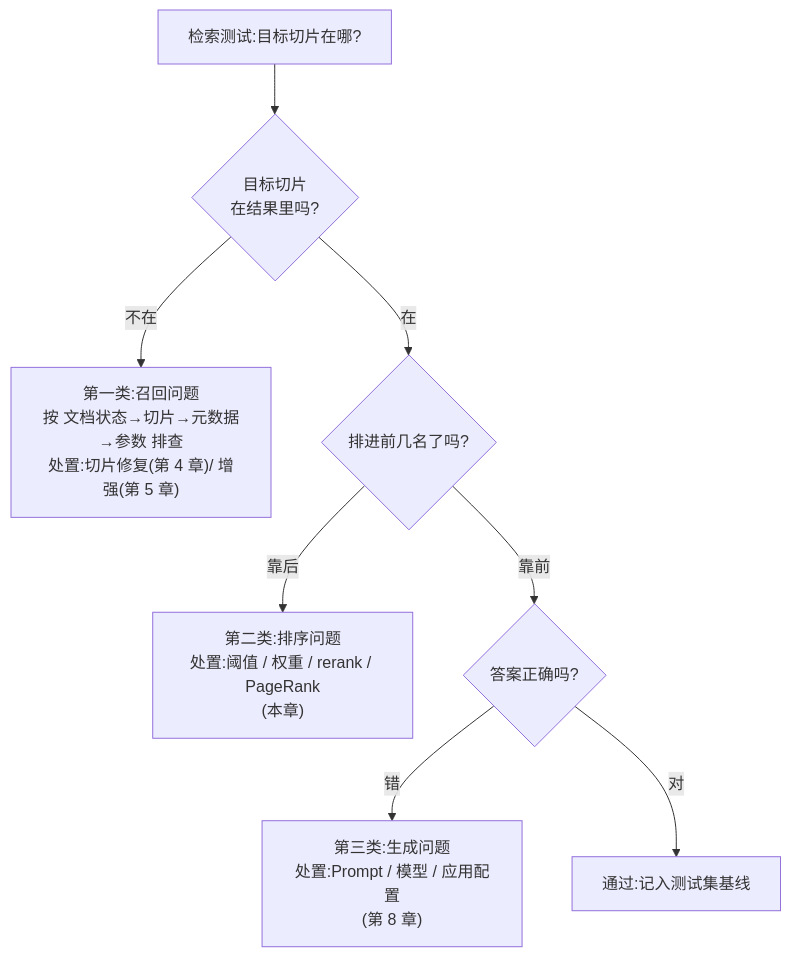
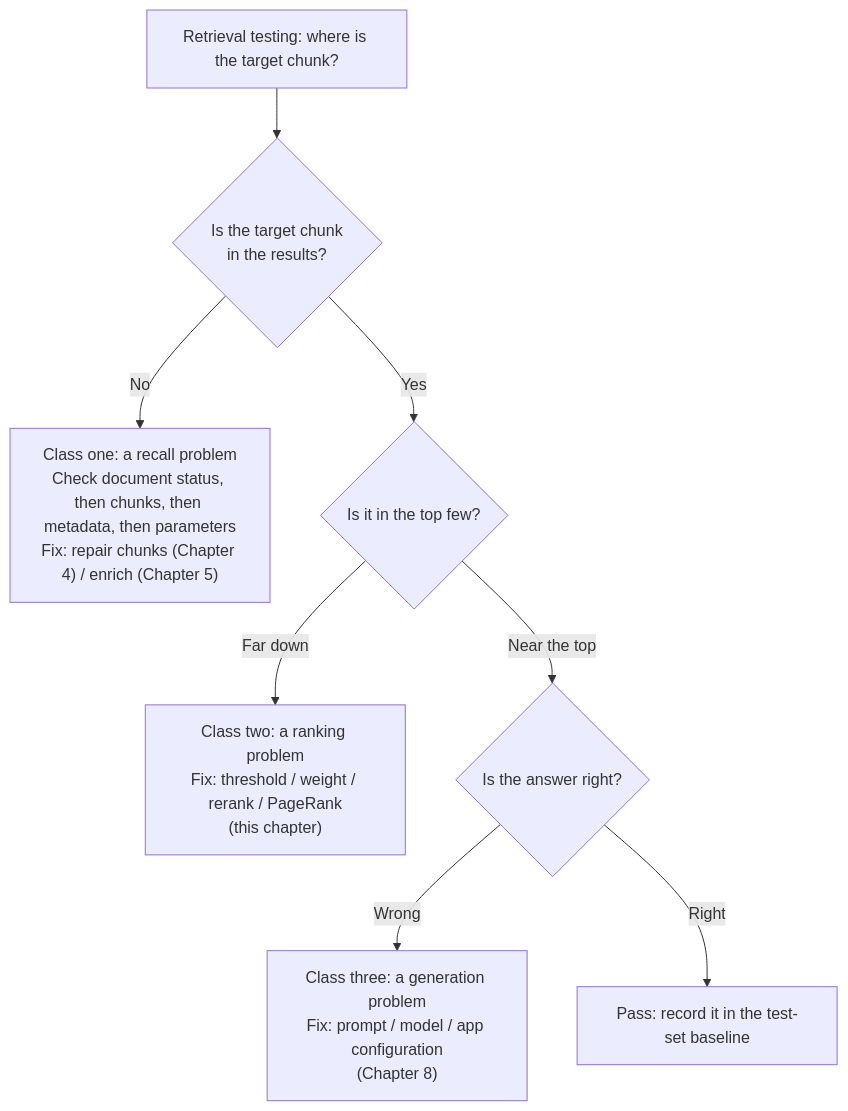
The third of 3 diagrams in books/ragflow/en/chapters/07-retrieval-tuning.md (ybak/ai-tutorial), drawn with Mermaid before and after one commit. The commit also changed other lines of this file and 16 other files, not shown here.

First line of the commit message:
docs(ragflow): 按审阅改英文图、注释和正文

````diff
--- a/books/ragflow/en/chapters/07-retrieval-tuning.md
+++ b/books/ragflow/en/chapters/07-retrieval-tuning.md
@@ -228,10 +228,10 @@
 ```mermaid
 flowchart TD
-    S["检索测试:目标切片在哪?"] --> Q1{"目标切片<br/>在结果里吗?"}
-    Q1 -->|"不在"| T1["第一类:召回问题<br/>按 文档状态→切片→元数据→参数 排查<br/>处置:切片修复(第 4 章)/ 增强(第 5 章)"]
-    Q1 -->|"在"| Q2{"排进前几名了吗?"}
-    Q2 -->|"靠后"| T2["第二类:排序问题<br/>处置:阈值 / 权重 / rerank / PageRank<br/>(本章)"]
-    Q2 -->|"靠前"| Q3{"答案正确吗?"}
-    Q3 -->|"错"| T3["第三类:生成问题<br/>处置:Prompt / 模型 / 应用配置<br/>(第 8 章)"]
-    Q3 -->|"对"| OK["通过:记入测试集基线"]
+    S["Retrieval testing: where is the target chunk?"] --> Q1{"Is the target chunk<br/>in the results?"}
+    Q1 -->|"No"| T1["Class one: a recall problem<br/>Check document status, then chunks, then metadata, then parameters<br/>Fix: repair chunks (Chapter 4) / enrich (Chapter 5)"]
+    Q1 -->|"Yes"| Q2{"Is it in the top few?"}
+    Q2 -->|"Far down"| T2["Class two: a ranking problem<br/>Fix: threshold / weight / rerank / PageRank<br/>(this chapter)"]
+    Q2 -->|"Near the top"| Q3{"Is the answer right?"}
+    Q3 -->|"Wrong"| T3["Class three: a generation problem<br/>Fix: prompt / model / app configuration<br/>(Chapter 8)"]
+    Q3 -->|"Right"| OK["Pass: record it in the test-set baseline"]
 ```
````
